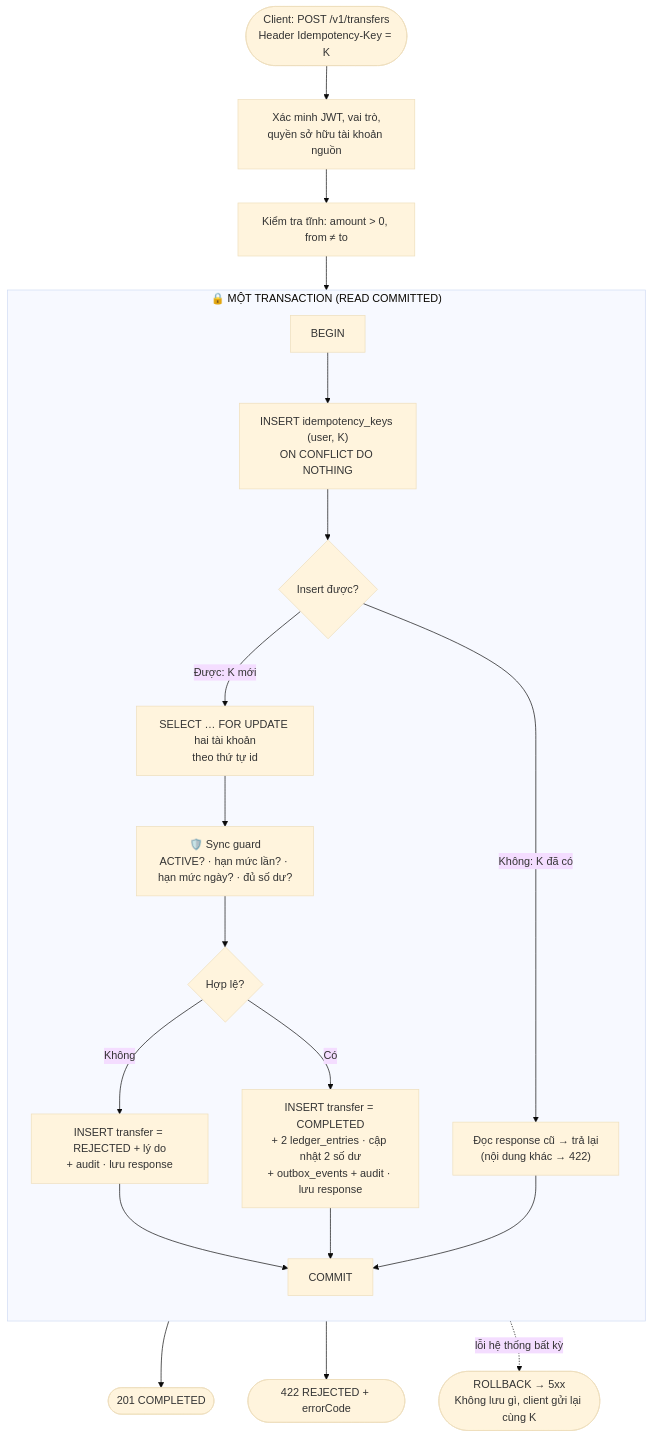
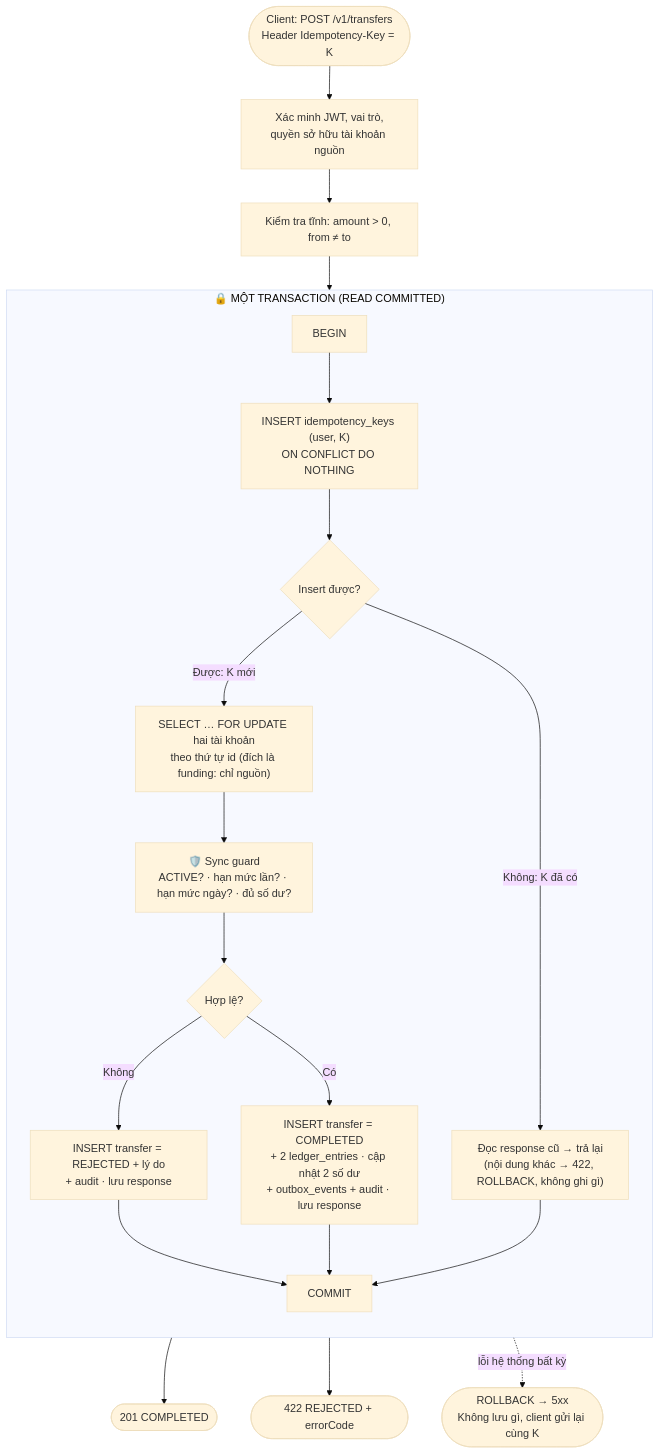
Before and after one commit to Lawliet119/digital-banking-simulator: the third of 7 diagrams in docs/components/ledger/01-concept-brief.md, drawn with Mermaid (base theme). The commit also changed other lines of this file and 20 other files, not shown here.

````diff
--- a/docs/components/ledger/01-concept-brief.md
+++ b/docs/components/ledger/01-concept-brief.md
@@ -144,25 +144,25 @@
 ```mermaid
 flowchart TD
     S(["Client: POST /v1/transfers<br/>Header Idempotency-Key = K"]) --> P["Xác minh JWT, vai trò,<br/>quyền sở hữu tài khoản nguồn"]
     P --> V["Kiểm tra tĩnh: amount &gt; 0, from ≠ to"]
     V --> TX_START
 
     subgraph TX["🔒 MỘT TRANSACTION (READ COMMITTED)"]
         direction TB
         TX_START["BEGIN"] --> I["INSERT idempotency_keys (user, K)<br/>ON CONFLICT DO NOTHING"]
         I --> C1{"Insert được?"}
-        C1 -- "Không: K đã có" --> R1["Đọc response cũ → trả lại<br/>(nội dung khác → 422)"]
-        C1 -- "Được: K mới" --> L["SELECT … FOR UPDATE hai tài khoản<br/>theo thứ tự id"]
+        C1 -- "Không: K đã có" --> R1["Đọc response cũ → trả lại<br/>(nội dung khác → 422, ROLLBACK, không ghi gì)"]
+        C1 -- "Được: K mới" --> L["SELECT … FOR UPDATE hai tài khoản<br/>theo thứ tự id (đích là funding: chỉ nguồn)"]
         L --> G["🛡️ Sync guard<br/>ACTIVE? · hạn mức lần? · hạn mức ngày? · đủ số dư?"]
         G --> C2{"Hợp lệ?"}
         C2 -- "Không" --> REJ["INSERT transfer = REJECTED + lý do<br/>+ audit · lưu response"]
         C2 -- "Có" --> OK["INSERT transfer = COMPLETED<br/>+ 2 ledger_entries · cập nhật 2 số dư<br/>+ outbox_events + audit · lưu response"]
         REJ --> CM["COMMIT"]
         OK --> CM
         R1 --> CM
     end
 
     CM --> OUT1(["201 COMPLETED"])
     CM --> OUT2(["422 REJECTED + errorCode"])
     TX -. "lỗi hệ thống bất kỳ" .-> RB(["ROLLBACK → 5xx<br/>Không lưu gì, client gửi lại cùng K"])
 ```
````
